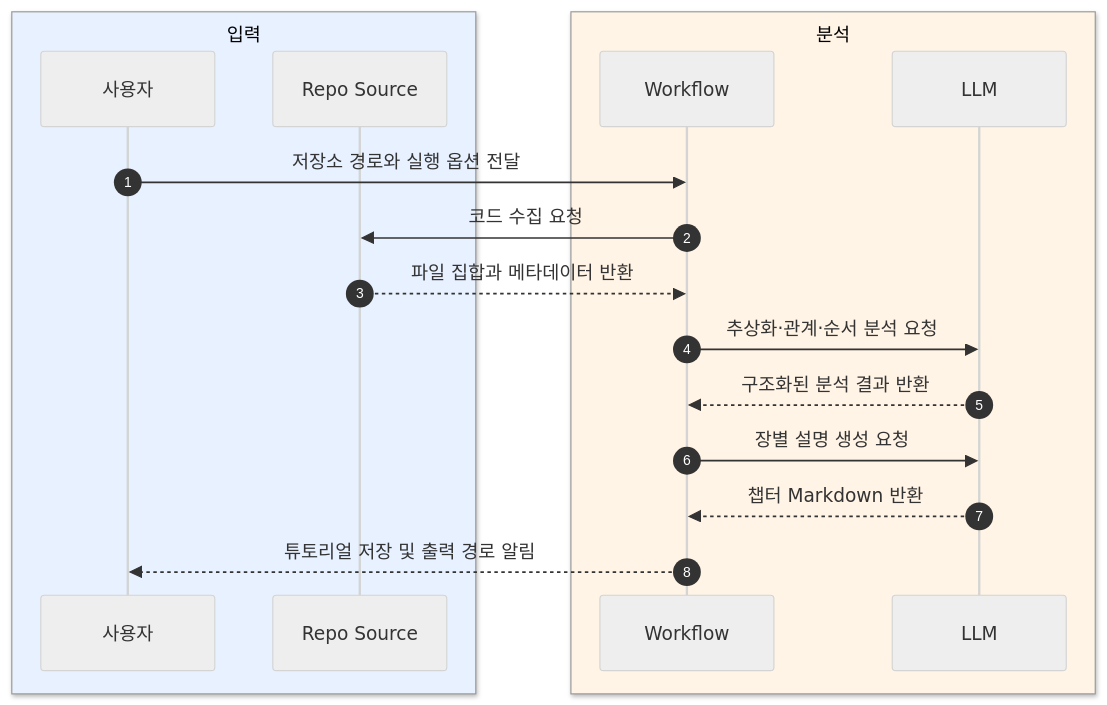
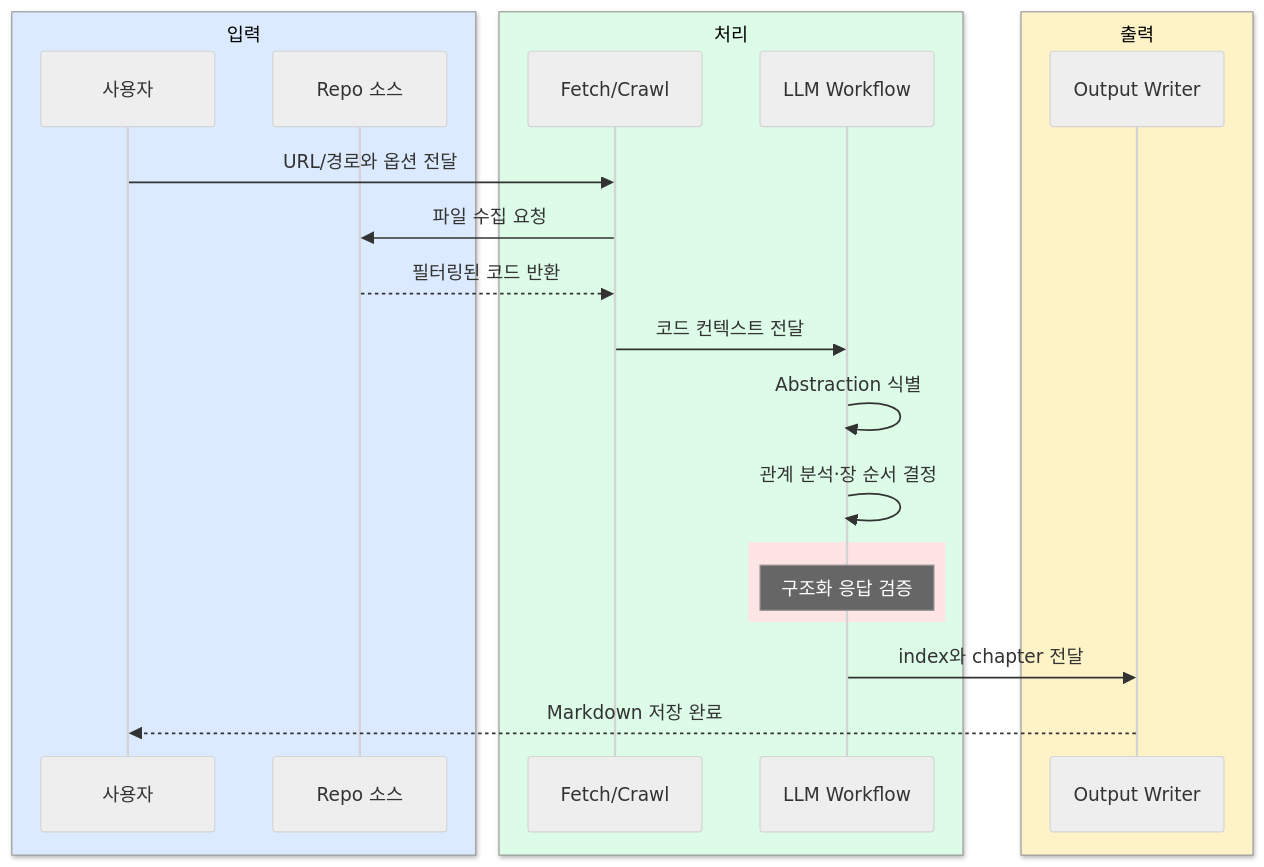
The second of 2 diagrams in docs/githubstudy/generated/the-pocket-pocketflow-tutorial-codebase-knowledge/index.md (seihwanMoon/skillrnd), drawn with Mermaid (neutral theme) before and after one commit. The commit also changed other lines of this file and 8 other files, not shown here.

Commit message:
Restore diagram controls and refresh study pages

````diff
--- a/docs/githubstudy/generated/the-pocket-pocketflow-tutorial-codebase-knowledge/index.md
+++ b/docs/githubstudy/generated/the-pocket-pocketflow-tutorial-codebase-knowledge/index.md
@@ -108,21 +108,26 @@
 ```mermaid
 sequenceDiagram
-    autonumber
-    box rgb(232,241,255) 입력
-        participant U as 사용자
-        participant S as Repo Source
+    box rgb(219,234,254) 입력
+    participant U as 사용자
+    participant R as Repo 소스
     end
-    box rgb(255,244,229) 분석
-        participant W as Workflow
-        participant L as LLM
+    box rgb(220,252,231) 처리
+    participant C as Fetch/Crawl
+    participant W as LLM Workflow
+    end
+    box rgb(254,243,199) 출력
+    participant O as Output Writer
     end
 
-    U->>W: 저장소 경로와 실행 옵션 전달
-    W->>S: 코드 수집 요청
-    S-->>W: 파일 집합과 메타데이터 반환
-    W->>L: 추상화·관계·순서 분석 요청
-    L-->>W: 구조화된 분석 결과 반환
-    W->>L: 장별 설명 생성 요청
-    L-->>W: 챕터 Markdown 반환
-    W-->>U: 튜토리얼 저장 및 출력 경로 알림
+    U->>C: URL/경로와 옵션 전달
+    C->>R: 파일 수집 요청
+    R-->>C: 필터링된 코드 반환
+    C->>W: 코드 컨텍스트 전달
+    W->>W: Abstraction 식별
+    W->>W: 관계 분석·장 순서 결정
+    rect rgb(255,228,230)
+    Note over W: 구조화 응답 검증
+    end
+    W->>O: index와 chapter 전달
+    O-->>U: Markdown 저장 완료
 ```
````
